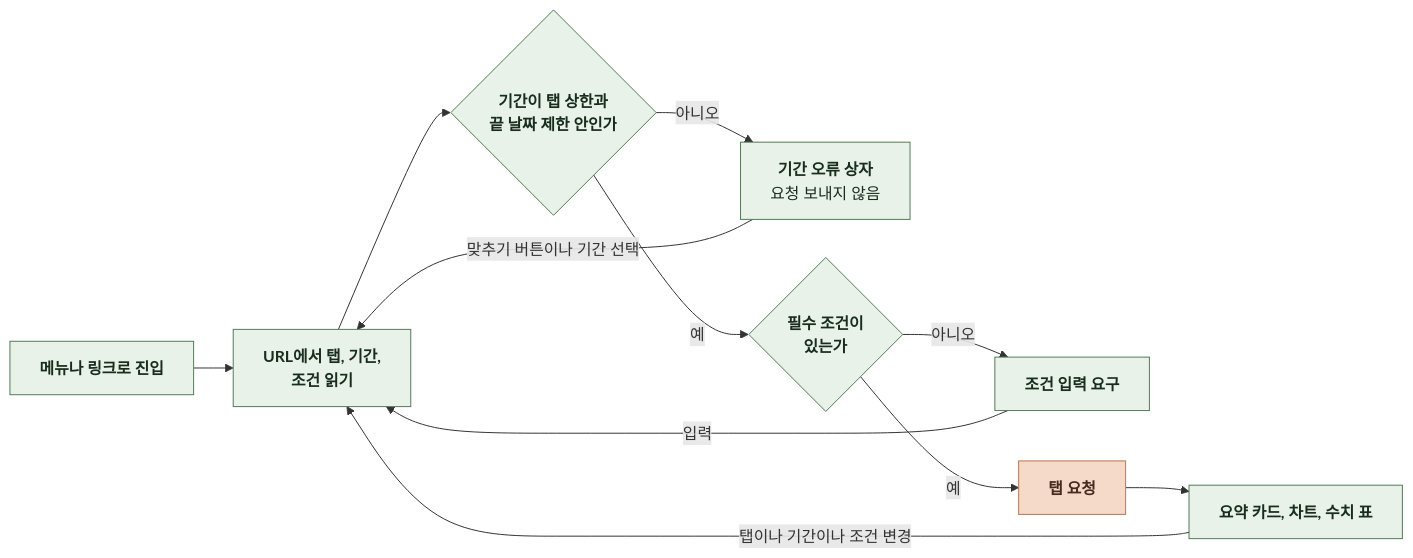
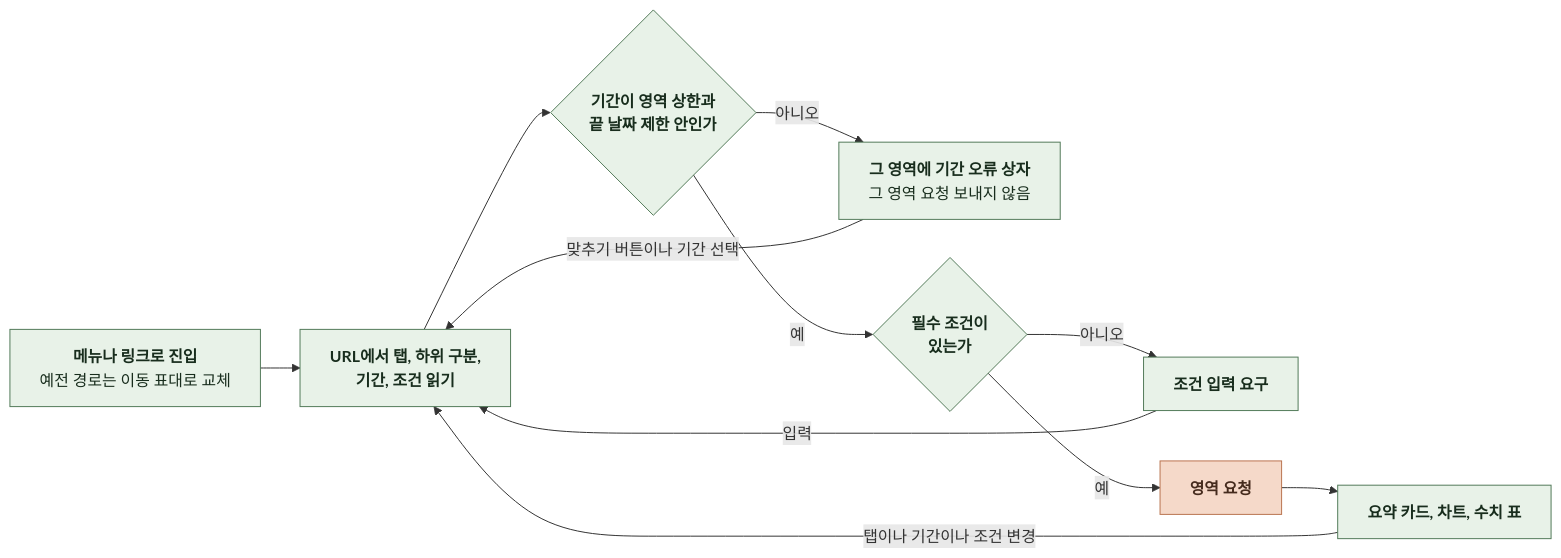
The first of 5 diagrams in docs/domain/ADMIN/WEB/3-4-INTERACTION-FLOWS.md (KIM-N-KANG/knk-harness), drawn with Mermaid before and after one commit. The commit also changed other lines of this file and 17 other files, not shown here.

````diff
--- a/docs/domain/ADMIN/WEB/3-4-INTERACTION-FLOWS.md
+++ b/docs/domain/ADMIN/WEB/3-4-INTERACTION-FLOWS.md
@@ -11,22 +11,23 @@
 ```mermaid
 %%{init: {"flowchart": {"curve": "basis", "nodeSpacing": 24, "rankSpacing": 40}}}%%
 flowchart LR
-    A["`**메뉴나 링크로 진입**`"] --> B["`**URL에서 탭, 기간,
-조건 읽기**`"]
-    B --> C{"`**기간이 탭 상한과
+    A["`**메뉴나 링크로 진입**
+예전 경로는 이동 표대로 교체`"] --> B["`**URL에서 탭, 하위 구분,
+기간, 조건 읽기**`"]
+    B --> C{"`**기간이 영역 상한과
 끝 날짜 제한 안인가**`"}
-    C -->|아니오| E["`**기간 오류 상자**
-요청 보내지 않음`"]
+    C -->|아니오| E["`**그 영역에 기간 오류 상자**
+그 영역 요청 보내지 않음`"]
     E -->|맞추기 버튼이나 기간 선택| B
     C -->|예| D{"`**필수 조건이
 있는가**`"}
     D -->|아니오| F["`**조건 입력 요구**`"]
     F -->|입력| B
-    D -->|예| G["`**탭 요청**`"]
+    D -->|예| G["`**영역 요청**`"]
     G --> H["`**요약 카드, 차트, 수치 표**`"]
     H -->|탭이나 기간이나 조건 변경| B
     classDef comp fill:#E8F2E8,stroke:#527A59,color:#182D1D
     classDef task fill:#F5D9C9,stroke:#B97450,color:#452B1D
     class A,B,C,D,E,F,H comp
     class G task
 ```
````
